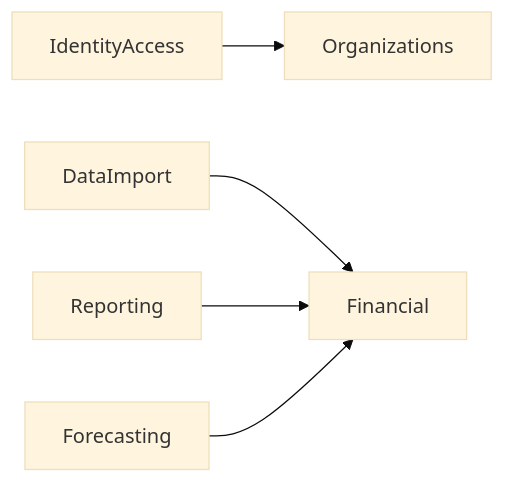
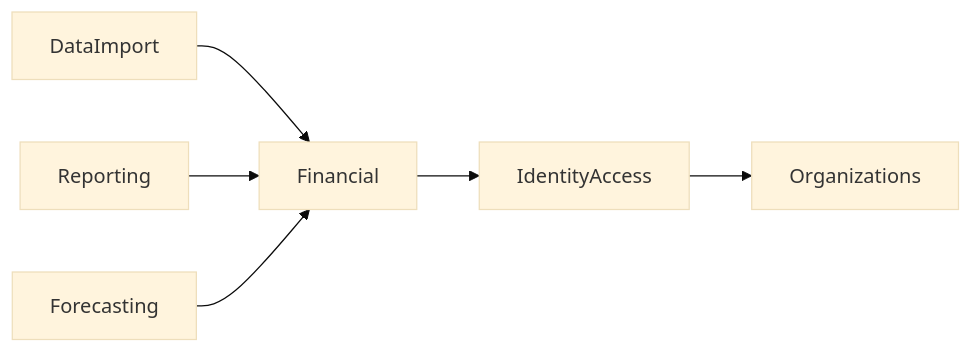
The diagram in docs/context-map.md (mamura/bacurim-api), drawn with Mermaid (base theme) before and after one commit. The commit also changed other lines of this file and 17 other files, not shown here.

````diff
--- a/docs/context-map.md
+++ b/docs/context-map.md
@@ -58,7 +58,8 @@
 ```mermaid
 flowchart LR
     IdentityAccess --> Organizations
+    Financial --> IdentityAccess
     DataImport --> Financial
     Reporting --> Financial
     Forecasting --> Financial
 ```
````
